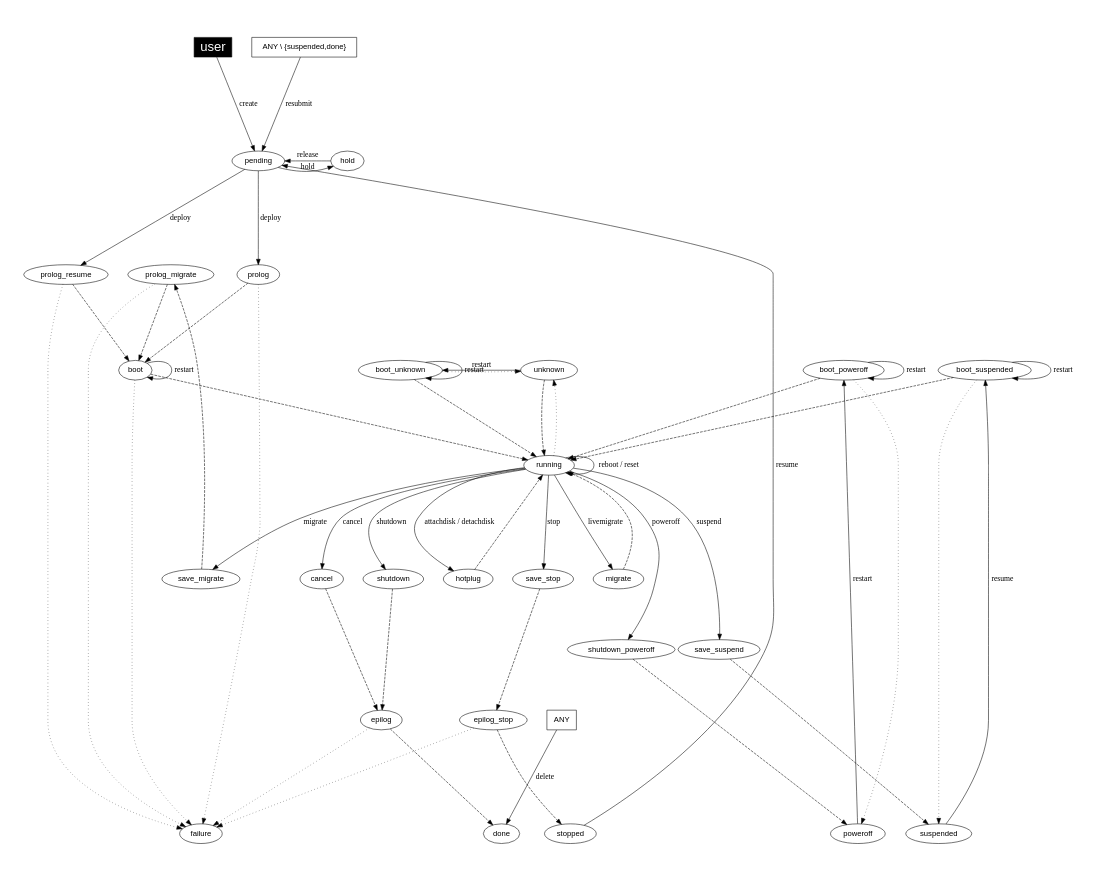
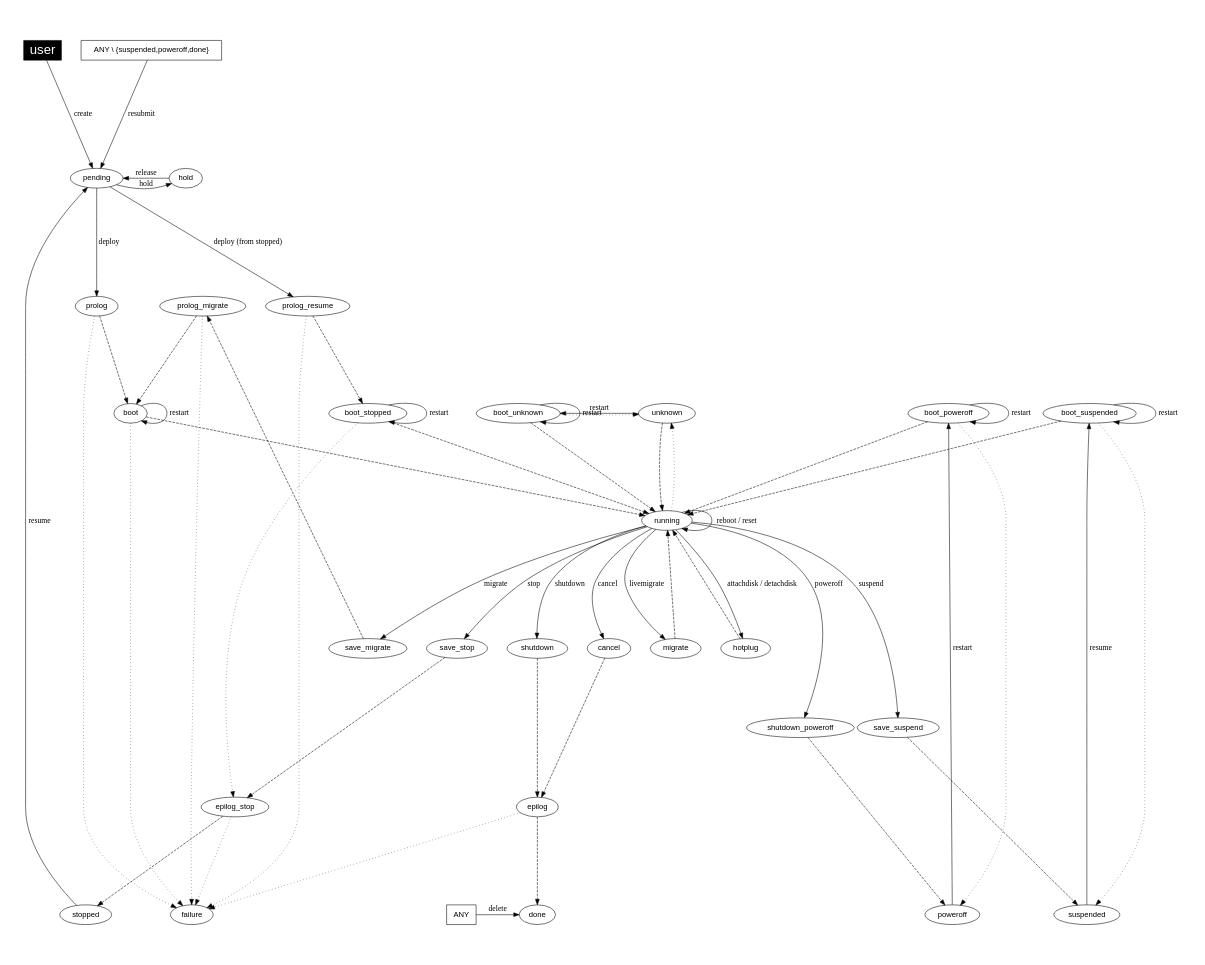
The diagram in share/doc/states/states-complete.dot (OpenNebula/one), drawn with Graphviz before and after one commit. The commit also changed 2 other files, not shown here.

Commit message:
Bug #1210: Add BOOT_STOPPED state to xsd and dot documentation files

```diff
--- a/share/doc/states/states-complete.dot
+++ b/share/doc/states/states-complete.dot
@@ -1,124 +1,127 @@
 
 
 digraph OpenNebula {
     graph [
         nodesep=0.5,
         ratio=0.8,
         pad=0.5,
     ];
 
     node [fontname="Helvetica"];
     edge [fontname="Menlo"];
     
     user [
         fillcolor="black",
         style="filled", shape="box",
         fontcolor="white", fontsize= "24.0"];
 
     ANY [ shape="box" ];
-    "ANY \\ {suspended,done}" [ shape="box" ];
+    "ANY \\ {suspended,poweroff,done}" [ shape="box" ];
 
     subgraph { rank = min; user}
-    subgraph { rank = same; boot; boot_suspended; boot_unknown; boot_poweroff; unknown; color="white"}
+    subgraph { rank = same; boot; boot_stopped boot_suspended; boot_unknown; boot_poweroff; unknown; color="white"}
     subgraph { rank = same; pending; hold; color="white"}
     subgraph { rank = same; prolog; prolog_resume; prolog_migrate;
     color="white" }
 
     subgraph { rank = max; suspended; done; failure;
-    stopped; poweroff; color="white" }
+    stopped; poweroff; ANY; color="white" }
 
 #   create
     user -> pending [label="create"];
 
 #   deploy
-    pending     -> prolog_resume [label="deploy"];
-    prolog_resume -> boot [style="dashed"];
+    pending     -> prolog_resume [label="deploy (from stopped)"];
+    prolog_resume -> boot_stopped [style="dashed"];
 
     pending     -> prolog [label="deploy"];
     prolog      -> boot [style="dashed"];
     boot        -> running [style="dashed"];
 
 #   shutdown
     running     -> shutdown [label="shutdown"];
     shutdown    -> epilog [style="dashed"];
     epilog      -> done [style="dashed"];
 
 #   poweroff
     running             -> shutdown_poweroff [label="poweroff"];
     shutdown_poweroff   -> poweroff [style="dashed"];
 
 #   livemigrate
     running     -> migrate [label="livemigrate"];
     migrate     -> running [style="dashed"];
 
 #   migrate
     running         -> save_migrate [label="migrate"];
     save_migrate    -> prolog_migrate [style="dashed"];
     prolog_migrate  -> boot [style="dashed"];
 
 #   hold
     pending     -> hold [label="hold"];
 
 #   release
     hold        -> pending [label="release"];
 
 #   stop
     running     -> save_stop [label="stop"];
     save_stop   -> epilog_stop [style="dashed"];
     epilog_stop -> stopped [style="dashed"];
 
 #   cancel
     running     -> cancel [label="cancel"];
     cancel      -> epilog [style="dashed"];
 
 #   suspend
     running         -> save_suspend [label="suspend"];
     save_suspend    -> suspended [style="dashed"];
 
 #   resume
     stopped         -> pending [label="resume"];
+    boot_stopped    -> running [style="dashed"];
 
     suspended       -> boot_suspended [label="resume"];
     boot_suspended  -> running [style="dashed"];
 
 #   delete
     ANY         -> done [label="delete"];
 
 #   restart
-    boot        -> boot [label="restart"];
-    boot_suspended -> boot_suspended [label="restart"];
+    boot            -> boot [label="restart"];
+    boot_suspended  -> boot_suspended [label="restart"];
+    boot_stopped    -> boot_stopped [label="restart"];
 
-    poweroff    -> boot_poweroff [label="restart"];
-    boot_poweroff -> boot_poweroff [label="restart"];
-    boot_poweroff -> running [style="dashed"];
+    poweroff        -> boot_poweroff [label="restart"];
+    boot_poweroff   -> boot_poweroff [label="restart"];
+    boot_poweroff   -> running [style="dashed"];
 
-    unknown     -> boot_unknown [label="restart"];
-    boot_unknown -> boot_unknown [label="restart"];
-    boot_unknown -> running [style="dashed"];
+    unknown         -> boot_unknown [label="restart"];
+    boot_unknown    -> boot_unknown [label="restart"];
+    boot_unknown    -> running [style="dashed"];
 
 #   reboot, reset
     running     -> running [label="reboot / reset"];
 
 #   attachdisk
     running     -> hotplug [label="attachdisk / detachdisk"]
     hotplug     -> running [style="dashed"];
 
 #   resubmit
-    "ANY \\ {suspended,done}" -> pending [label="resubmit"];
+    "ANY \\ {suspended,poweroff,done}" -> pending [label="resubmit"];
 
 #   failures and misc.
     epilog_stop     -> failure [style="dotted"];
     epilog          -> failure [style="dotted"];
 
     prolog          -> failure [style="dotted"];
     prolog_migrate  -> failure [style="dotted"];
     prolog_resume   -> failure [style="dotted"];
 
     boot            -> failure [style="dotted"];
     boot_poweroff   -> poweroff [style="dotted"];
     boot_unknown    -> unknown [style="dotted"];
     boot_suspended  -> suspended [style="dotted"];
+    boot_stopped    -> epilog_stop [style="dotted"];
 
     running -> unknown [style="dotted"];
     unknown -> running [style="dashed"];
 }
```
